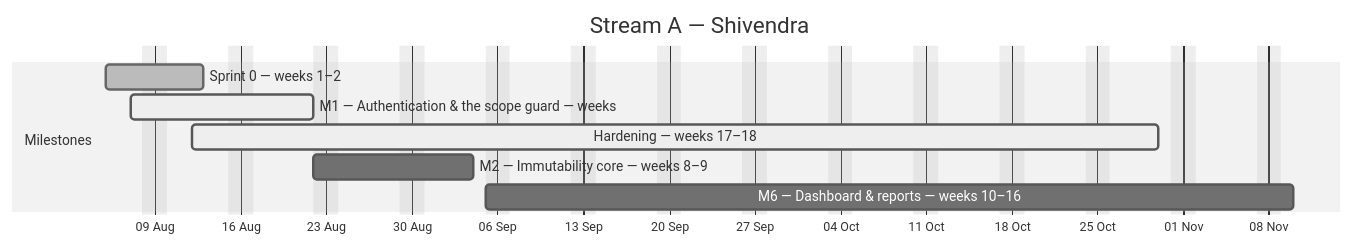
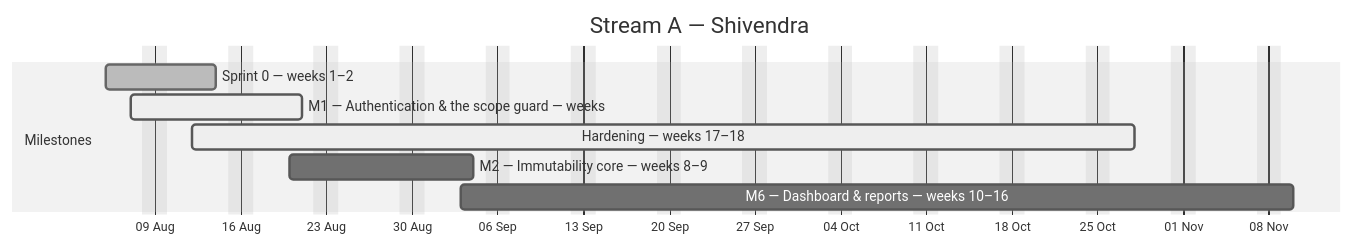
Before and after one commit to debashisedunext/EduTrack: the first of 4 diagrams in docs/plan/GANTT.md, drawn with Mermaid (neutral theme). The commit also changed other lines of this file and 3 other files, not shown here.

````diff
--- a/docs/plan/GANTT.md
+++ b/docs/plan/GANTT.md
@@ -128,13 +128,13 @@
 ```mermaid
 gantt
     dateFormat YYYY-MM-DD
     axisFormat %d %b
     title Stream A — Shivendra
     excludes weekends
     section Milestones
-    Sprint 0 — weeks 1–2 :done, a0, 2026-08-05, 6d
-    M1 — Authentication & the scope guard — weeks :active, a1, 2026-08-07, 11d
-    Hardening — weeks 17–18 :active, a2, 2026-08-12, 57d
-    M2 — Immutability core — weeks 8–9 :a3, 2026-08-22, 10d
-    M6 — Dashboard & reports — weeks 10–16 :a4, 2026-09-05, 47d
+    Sprint 0 — weeks 1–2 :done, a0, 2026-08-05, 7d
+    M1 — Authentication & the scope guard — weeks :active, a1, 2026-08-07, 10d
+    Hardening — weeks 17–18 :active, a2, 2026-08-12, 55d
+    M2 — Immutability core — weeks 8–9 :a3, 2026-08-20, 11d
+    M6 — Dashboard & reports — weeks 10–16 :a4, 2026-09-03, 48d
 ```
````
